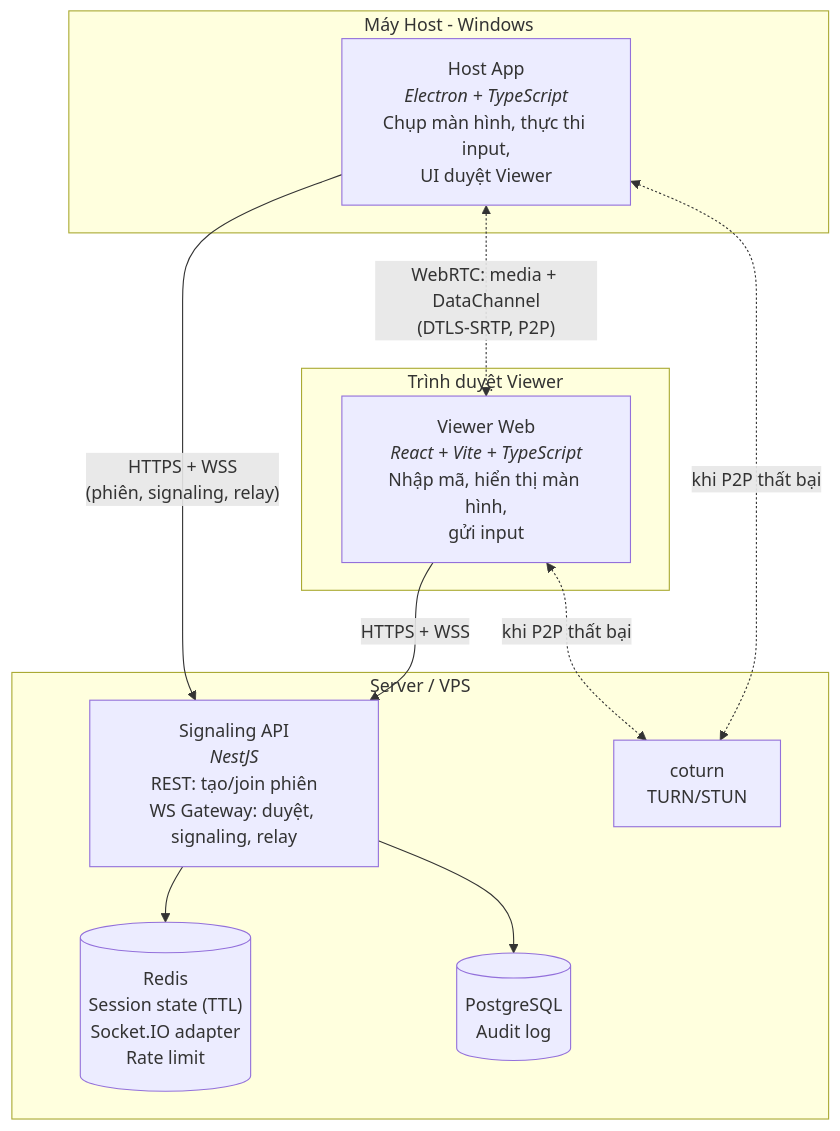
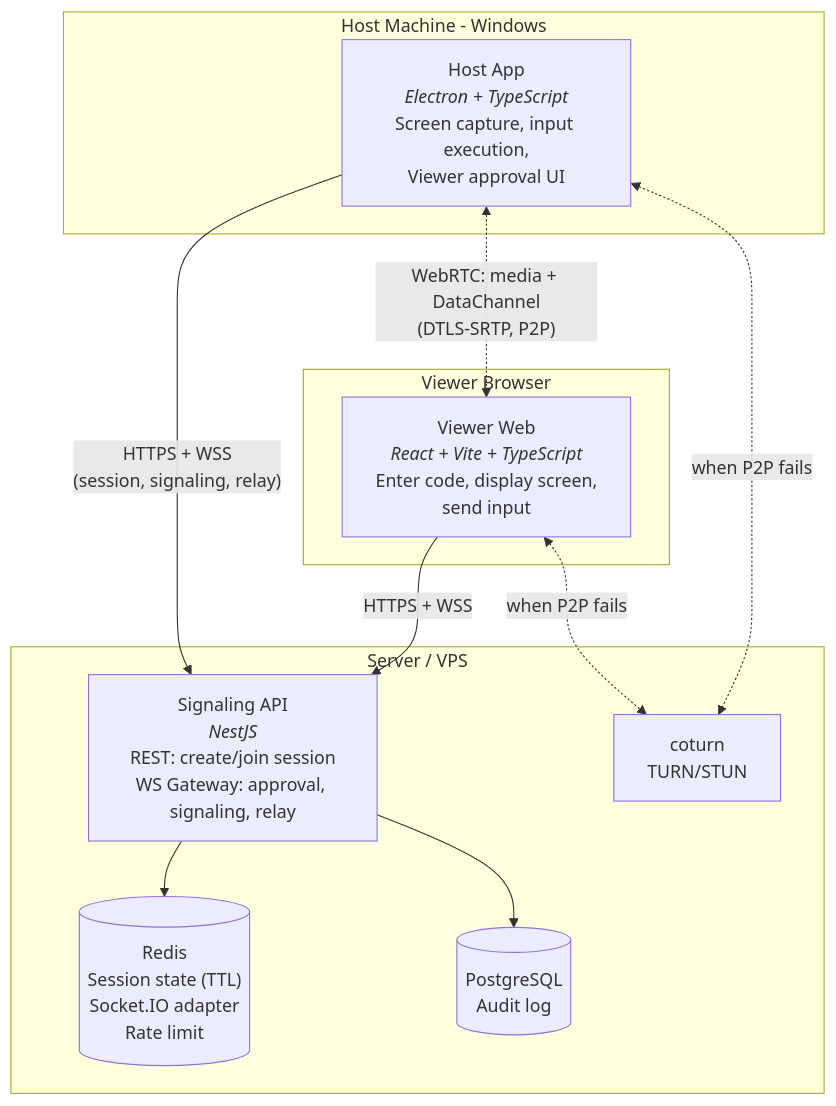
The second of 7 diagrams in docs/01-hld.md (dunguyen-311201/PBL4), drawn with Mermaid before and after one commit. The commit also changed other lines of this file and 4 other files, not shown here.

````diff
--- a/docs/01-hld.md
+++ b/docs/01-hld.md
@@ -35,25 +35,25 @@
 ```mermaid
 flowchart TB
-    subgraph hostpc[Máy Host - Windows]
-        hostapp["Host App<br/><i>Electron + TypeScript</i><br/>Chụp màn hình, thực thi input,<br/>UI duyệt Viewer"]
+    subgraph hostpc[Host Machine - Windows]
+        hostapp["Host App<br/><i>Electron + TypeScript</i><br/>Screen capture, input execution,<br/>Viewer approval UI"]
     end
 
-    subgraph browser[Trình duyệt Viewer]
-        viewerweb["Viewer Web<br/><i>React + Vite + TypeScript</i><br/>Nhập mã, hiển thị màn hình,<br/>gửi input"]
+    subgraph browser[Viewer Browser]
+        viewerweb["Viewer Web<br/><i>React + Vite + TypeScript</i><br/>Enter code, display screen,<br/>send input"]
     end
 
     subgraph cloud[Server / VPS]
-        api["Signaling API<br/><i>NestJS</i><br/>REST: tạo/join phiên<br/>WS Gateway: duyệt, signaling, relay"]
+        api["Signaling API<br/><i>NestJS</i><br/>REST: create/join session<br/>WS Gateway: approval, signaling, relay"]
         redis[("Redis<br/>Session state (TTL)<br/>Socket.IO adapter<br/>Rate limit")]
         pg[("PostgreSQL<br/>Audit log")]
         turn["coturn<br/>TURN/STUN"]
     end
 
-    hostapp -- "HTTPS + WSS<br/>(phiên, signaling, relay)" --> api
+    hostapp -- "HTTPS + WSS<br/>(session, signaling, relay)" --> api
     viewerweb -- "HTTPS + WSS" --> api
     api --> redis
     api --> pg
     hostapp <-. "WebRTC: media + DataChannel<br/>(DTLS-SRTP, P2P)" .-> viewerweb
-    hostapp <-. "khi P2P thất bại" .-> turn
-    viewerweb <-. "khi P2P thất bại" .-> turn
+    hostapp <-. "when P2P fails" .-> turn
+    viewerweb <-. "when P2P fails" .-> turn
 ```
````
